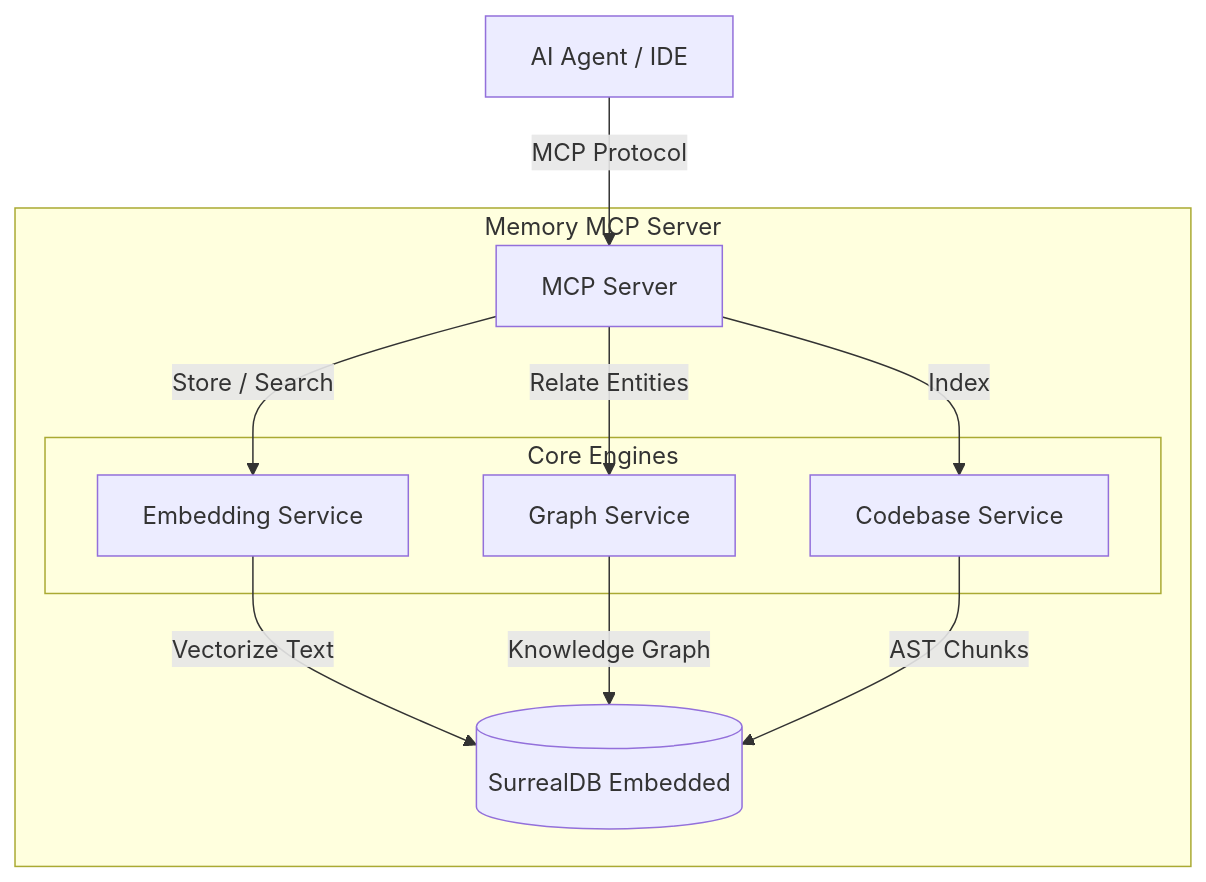
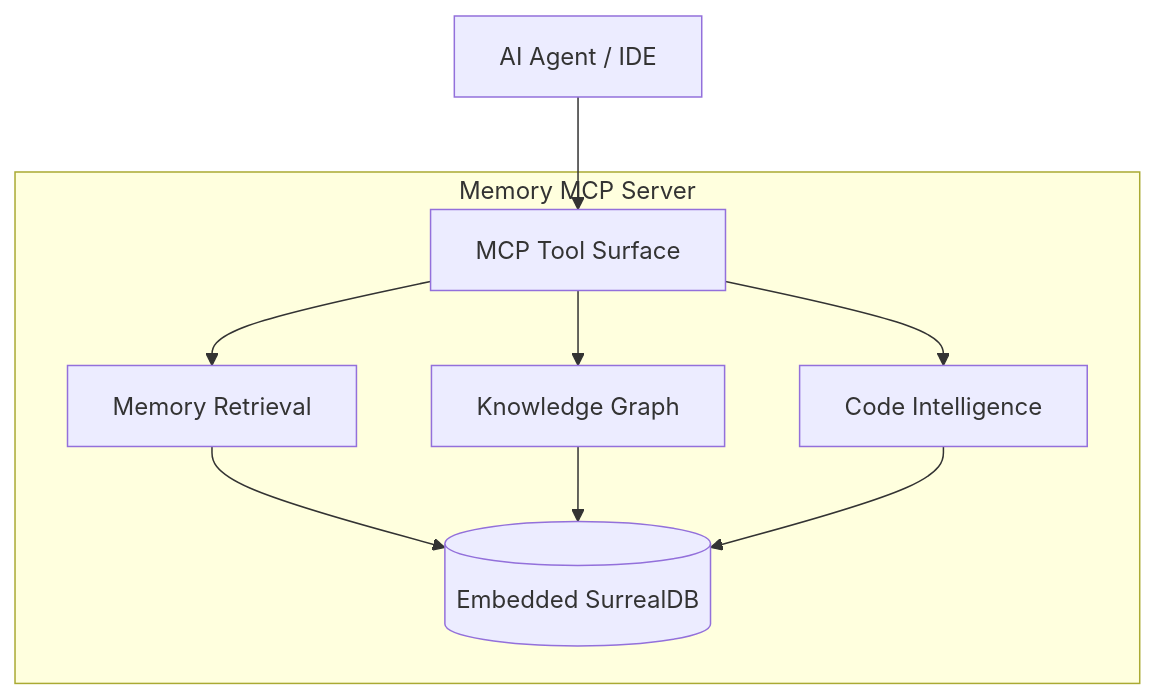
Before and after one commit to SteinX/memory-mcp-1file: the diagram in README.md, drawn with Mermaid. The commit also changed other lines of this file and 7 other files, not shown here.

````diff
--- a/README.md
+++ b/README.md
@@ -47,24 +97,20 @@
 ```mermaid
 graph TD
     User[AI Agent / IDE]
-    
-    subgraph "Memory MCP Server"
-        MS[MCP Server]
-        
-        subgraph "Core Engines"
-            ES[Embedding Service]
-            GS[Graph Service]
-            CS[Codebase Service]
-        end
-        
-        MS -- "Store / Search" --> ES
-        MS -- "Relate Entities" --> GS
-        MS -- "Index" --> CS
-        
-        ES -- "Vectorize Text" --> SDB[(SurrealDB Embedded)]
-        GS -- "Knowledge Graph" --> SDB
-        CS -- "AST Chunks" --> SDB
+
+    subgraph Server[Memory MCP Server]
+        MCP[MCP Tool Surface]
+        Memory[Memory Retrieval]
+        Graph[Knowledge Graph]
+        Code[Code Intelligence]
+        Store[(Embedded SurrealDB)]
     end
 
-    User -- "MCP Protocol" --> MS
+    User --> MCP
+    MCP --> Memory
+    MCP --> Graph
+    MCP --> Code
+    Memory --> Store
+    Graph --> Store
+    Code --> Store
 ```
````
